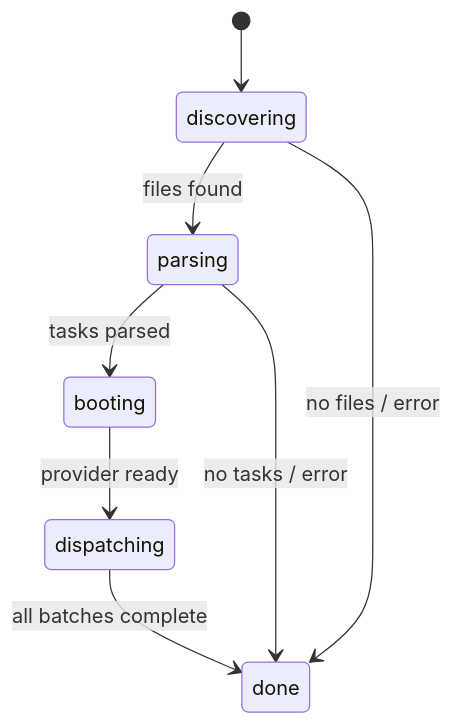
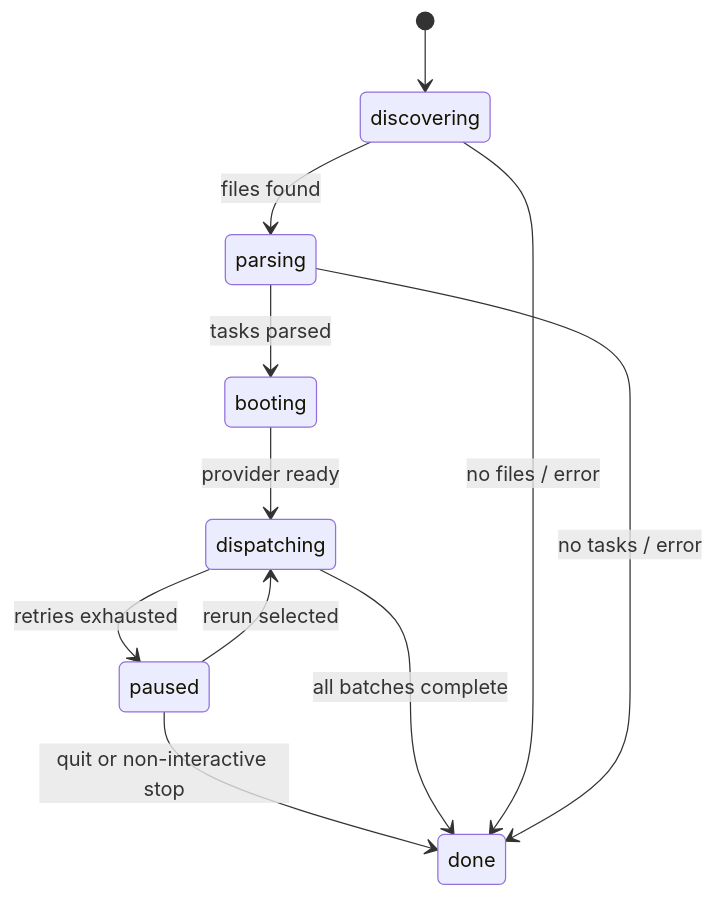
Before and after one commit to PatrickRuddiman/Dispatch: the first of 3 diagrams in docs/cli-orchestration/tui.md, drawn with Mermaid. The commit also changed other lines of this file and 68 other files, not shown here.

````diff
--- a/docs/cli-orchestration/tui.md
+++ b/docs/cli-orchestration/tui.md
@@ -34,10 +34,13 @@
 ```mermaid
 stateDiagram-v2
     [*] --> discovering
     discovering --> parsing : files found
     parsing --> booting : tasks parsed
     booting --> dispatching : provider ready
+    dispatching --> paused : retries exhausted
+    paused --> dispatching : rerun selected
+    paused --> done : quit or non-interactive stop
     dispatching --> done : all batches complete
     discovering --> done : no files / error
     parsing --> done : no tasks / error
 ```
````
